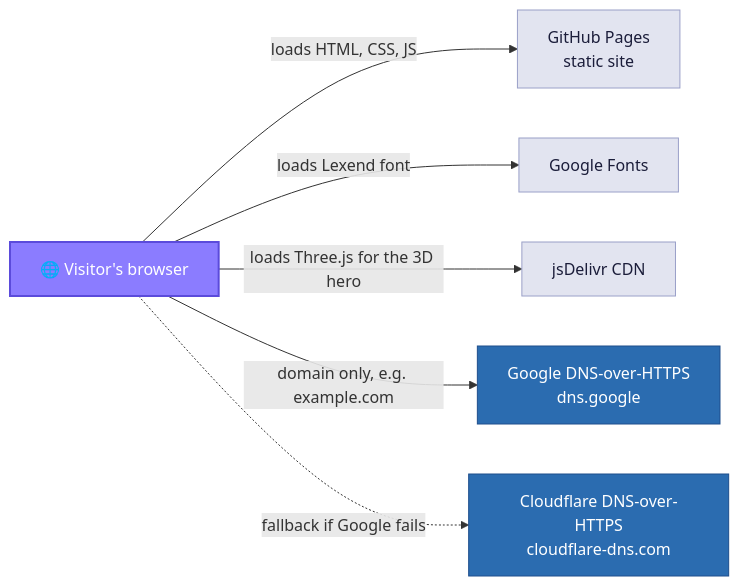
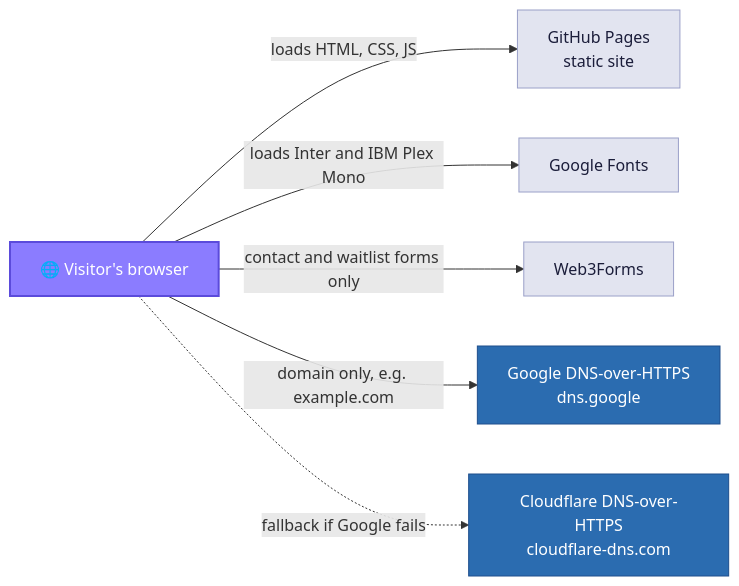
One commit to nexoradev-stack/Email-Chekkr changed the second of 7 diagrams in ARCHITECTURE.md. Above: the diagram before and after it, drawn with Mermaid. The commit also changed other lines of this file and 42 other files, not shown here.

````diff
--- a/ARCHITECTURE.md
+++ b/ARCHITECTURE.md
@@ -56,22 +56,22 @@
 ```mermaid
 flowchart LR
   U["🌐 Visitor's browser"] -->|loads HTML, CSS, JS| GP[GitHub Pages<br/>static site]
-  U -->|loads Lexend font| GF[Google Fonts]
-  U -->|loads Three.js for the 3D hero| CDN[jsDelivr CDN]
+  U -->|loads Inter and IBM Plex Mono| GF[Google Fonts]
+  U -->|contact and waitlist forms only| WF[Web3Forms]
   U -->|domain only, e.g. example.com| G[Google DNS-over-HTTPS<br/>dns.google]
   U -.->|fallback if Google fails| C[Cloudflare DNS-over-HTTPS<br/>cloudflare-dns.com]
   classDef web fill:#8b7cff,stroke:#5b4bdb,color:#ffffff,stroke-width:2px
   classDef api fill:#3ddc97,stroke:#1fb57f,color:#0d0f22,stroke-width:2px
   classDef mcp fill:#f2b544,stroke:#e39a2b,color:#0d0f22,stroke-width:2px
   classDef engine fill:#1c2048,stroke:#8b7cff,color:#ffffff,stroke-width:3px
   classDef dns fill:#2b6cb0,stroke:#1e4e8c,color:#ffffff
   classDef ext fill:#e2e4f0,stroke:#9aa0c8,color:#1b1d3a
   classDef valid fill:#1fb57f,stroke:#1fb57f,color:#ffffff
   classDef risky fill:#e39a2b,stroke:#e39a2b,color:#ffffff
   classDef invalid fill:#dc4a3d,stroke:#dc4a3d,color:#ffffff
   classDef unknown fill:#6b7090,stroke:#6b7090,color:#ffffff
   classDef step fill:#eef0f8,stroke:#8b7cff,color:#1b1d3a
   class U web
-  class GP,GF,CDN ext
+  class GP,GF,WF ext
   class G,C dns
 ```
````
